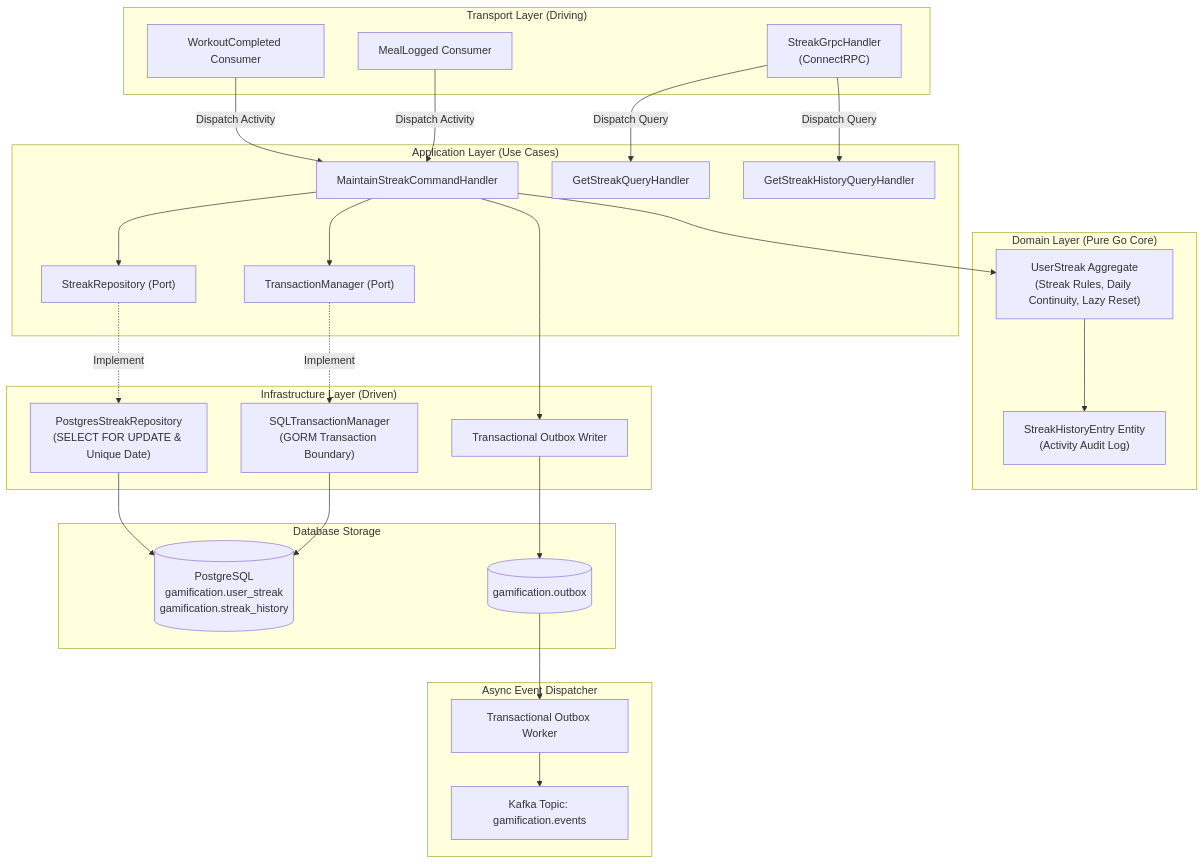
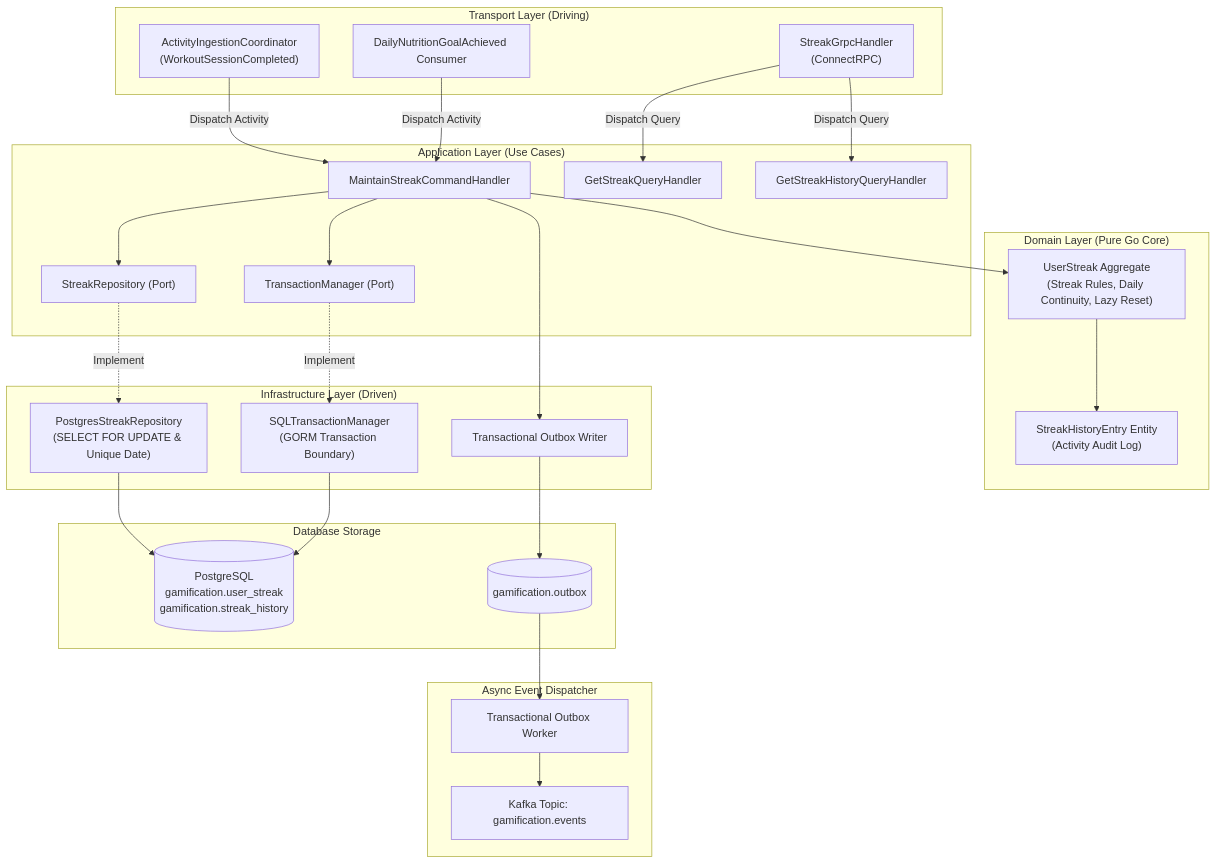
Before and after one commit to viethung213/gym-companion: the first of 4 diagrams in internal/gamification/docs/features/streaks-and-habits/02-design.md, drawn with Mermaid. The commit also changed other lines of this file and 3 other files, not shown here.

````diff
--- a/internal/gamification/docs/features/streaks-and-habits/02-design.md
+++ b/internal/gamification/docs/features/streaks-and-habits/02-design.md
@@ -13,52 +13,52 @@
 ```mermaid
 flowchart TD
     subgraph DrivingAdapters["Transport Layer (Driving)"]
-        K_WORKOUT["WorkoutCompleted Consumer"]
-        K_NUTRI["MealLogged Consumer"]
+        COORD["ActivityIngestionCoordinator<br/>(WorkoutSessionCompleted)"]
+        K_NUTRI["DailyNutritionGoalAchieved Consumer"]
         GRPC["StreakGrpcHandler<br/>(ConnectRPC)"]
     end
 
     subgraph ApplicationLayer["Application Layer (Use Cases)"]
         CMD_MAINTAIN["MaintainStreakCommandHandler"]
         QRY_STREAK["GetStreakQueryHandler"]
         QRY_HIST["GetStreakHistoryQueryHandler"]
         PORT_TX["TransactionManager (Port)"]
         PORT_REPO["StreakRepository (Port)"]
     end
 
     subgraph DomainLayer["Domain Layer (Pure Go Core)"]
         AGG["UserStreak Aggregate<br/>(Streak Rules, Daily Continuity, Lazy Reset)"]
         ENTITY["StreakHistoryEntry Entity<br/>(Activity Audit Log)"]
     end
 
     subgraph DrivenAdapters["Infrastructure Layer (Driven)"]
         REPO_IMPL["PostgresStreakRepository<br/>(SELECT FOR UPDATE & Unique Date)"]
         TX_IMPL["SQLTransactionManager<br/>(GORM Transaction Boundary)"]
         OUTBOX["Transactional Outbox Writer"]
     end
 
     subgraph Storage["Database Storage"]
         DB[(PostgreSQL<br/>gamification.user_streak<br/>gamification.streak_history)]
         DB_OUTBOX[(gamification.outbox)]
     end
 
     subgraph Dispatcher["Async Event Dispatcher"]
         WORKER["Transactional Outbox Worker"]
         EVT_BUS["Kafka Topic: gamification.events"]
     end
 
-    K_WORKOUT & K_NUTRI -->|Dispatch Activity| CMD_MAINTAIN
+    COORD & K_NUTRI -->|Dispatch Activity| CMD_MAINTAIN
     GRPC -->|Dispatch Query| QRY_STREAK & QRY_HIST
 
     CMD_MAINTAIN --> PORT_TX
     CMD_MAINTAIN --> PORT_REPO
     CMD_MAINTAIN --> AGG
     AGG --> ENTITY
 
     PORT_TX -.->|Implement| TX_IMPL
     PORT_REPO -.->|Implement| REPO_IMPL
     REPO_IMPL --> DB
     TX_IMPL --> DB
     CMD_MAINTAIN --> OUTBOX --> DB_OUTBOX
     DB_OUTBOX --> WORKER --> EVT_BUS
 ```
````
